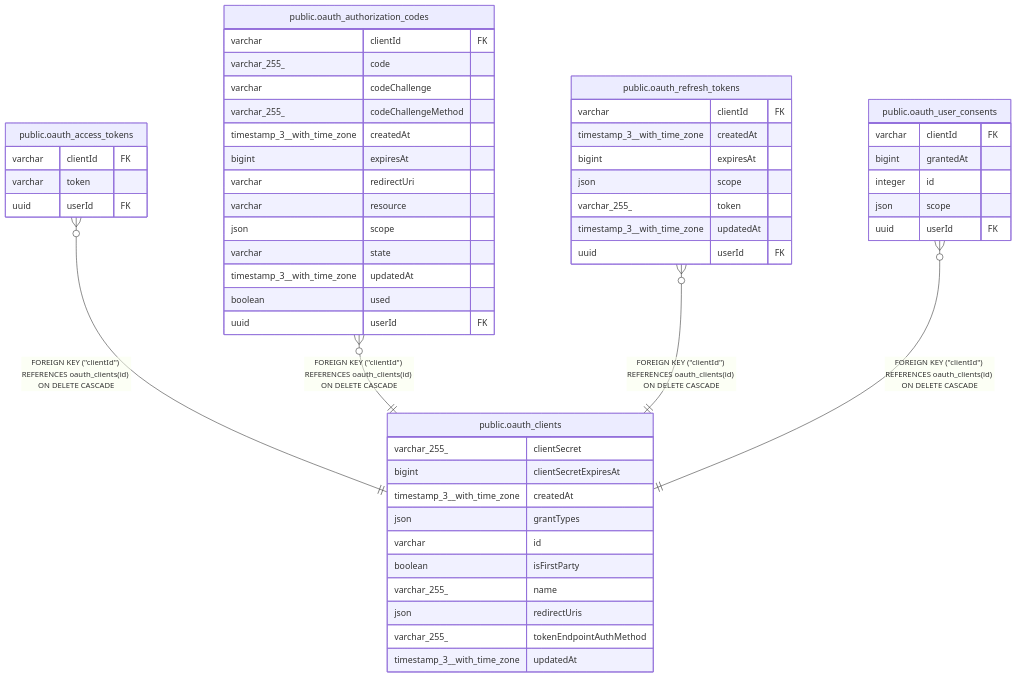
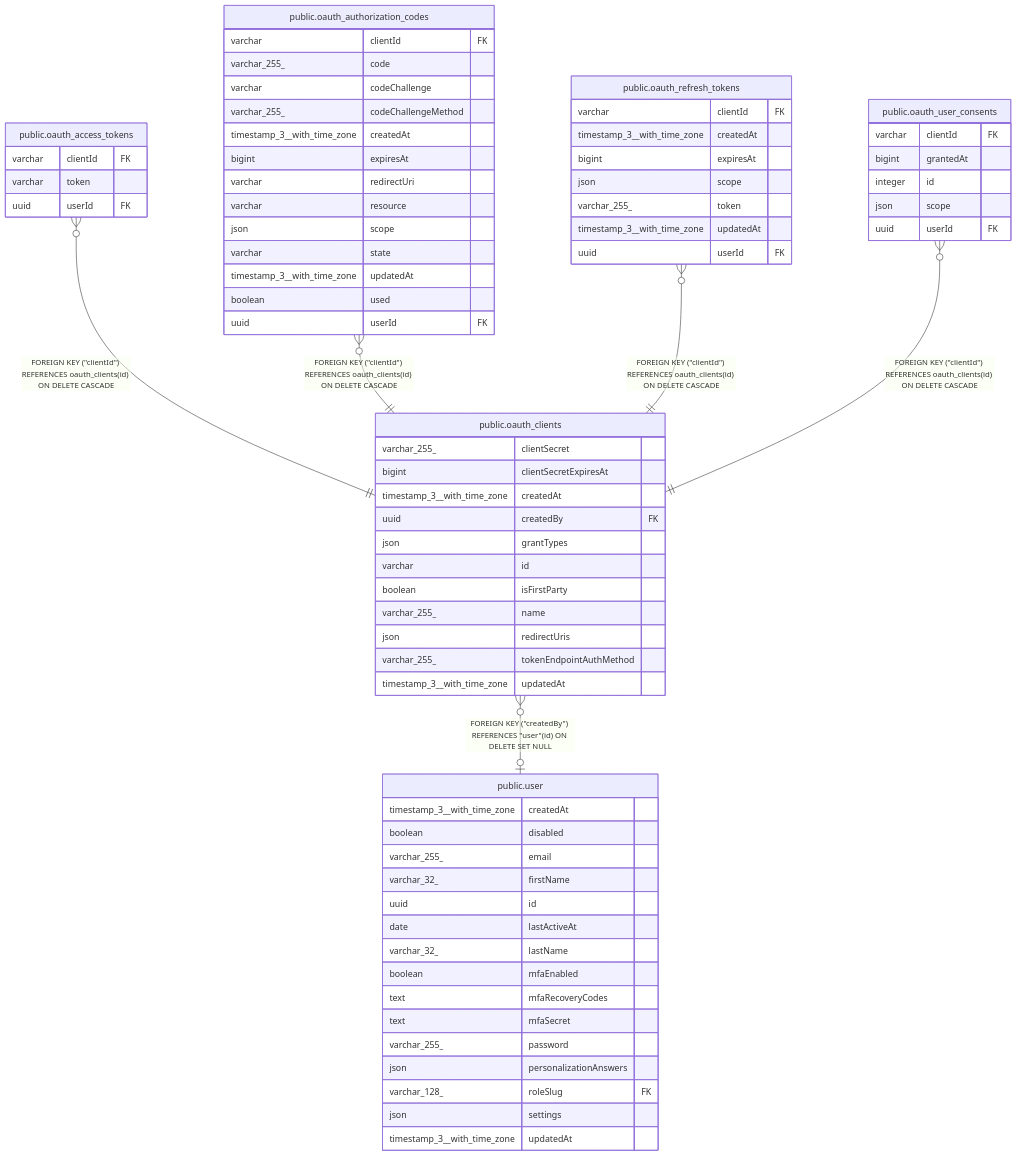
Before and after one commit to mayankjain1815-commits/n8n: the diagram in docs/generated/postgres-schema/public.oauth_clients.md, drawn with Mermaid. The commit also changed other lines of this file and 39 other files, not shown here.

````diff
--- a/docs/generated/postgres-schema/public.oauth_clients.md
+++ b/docs/generated/postgres-schema/public.oauth_clients.md
@@ -40,57 +42,76 @@
 ```mermaid
 erDiagram
 
+"public.oauth_clients" }o--o| "public.user" : "FOREIGN KEY (#quot;createdBy#quot;) REFERENCES #quot;user#quot;(id) ON DELETE SET NULL"
 "public.oauth_access_tokens" }o--|| "public.oauth_clients" : "FOREIGN KEY (#quot;clientId#quot;) REFERENCES oauth_clients(id) ON DELETE CASCADE"
 "public.oauth_authorization_codes" }o--|| "public.oauth_clients" : "FOREIGN KEY (#quot;clientId#quot;) REFERENCES oauth_clients(id) ON DELETE CASCADE"
 "public.oauth_refresh_tokens" }o--|| "public.oauth_clients" : "FOREIGN KEY (#quot;clientId#quot;) REFERENCES oauth_clients(id) ON DELETE CASCADE"
 "public.oauth_user_consents" }o--|| "public.oauth_clients" : "FOREIGN KEY (#quot;clientId#quot;) REFERENCES oauth_clients(id) ON DELETE CASCADE"
 
 "public.oauth_clients" {
   varchar_255_ clientSecret
   bigint clientSecretExpiresAt
   timestamp_3__with_time_zone createdAt
+  uuid createdBy FK
   json grantTypes
   varchar id
   boolean isFirstParty
   varchar_255_ name
   json redirectUris
   varchar_255_ tokenEndpointAuthMethod
+  timestamp_3__with_time_zone updatedAt
+}
+"public.user" {
+  timestamp_3__with_time_zone createdAt
+  boolean disabled
+  varchar_255_ email
+  varchar_32_ firstName
+  uuid id
+  date lastActiveAt
+  varchar_32_ lastName
+  boolean mfaEnabled
+  text mfaRecoveryCodes
+  text mfaSecret
+  varchar_255_ password
+  json personalizationAnswers
+  varchar_128_ roleSlug FK
+  json settings
   timestamp_3__with_time_zone updatedAt
 }
 "public.oauth_access_tokens" {
   varchar clientId FK
   varchar token
   uuid userId FK
 }
 "public.oauth_authorization_codes" {
   varchar clientId FK
   varchar_255_ code
   varchar codeChallenge
   varchar_255_ codeChallengeMethod
   timestamp_3__with_time_zone createdAt
   bigint expiresAt
   varchar redirectUri
   varchar resource
   json scope
   varchar state
   timestamp_3__with_time_zone updatedAt
   boolean used
   uuid userId FK
 }
 "public.oauth_refresh_tokens" {
   varchar clientId FK
   timestamp_3__with_time_zone createdAt
   bigint expiresAt
   json scope
   varchar_255_ token
   timestamp_3__with_time_zone updatedAt
   uuid userId FK
 }
 "public.oauth_user_consents" {
   varchar clientId FK
   bigint grantedAt
   integer id
   json scope
   uuid userId FK
 }
 ```
````
